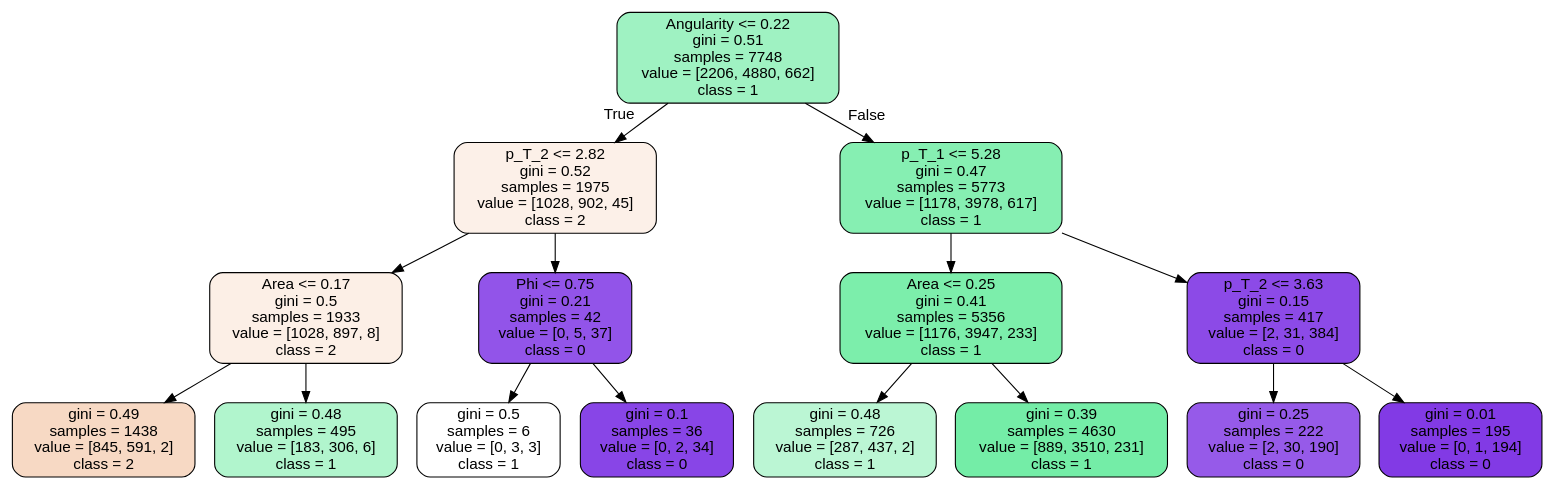
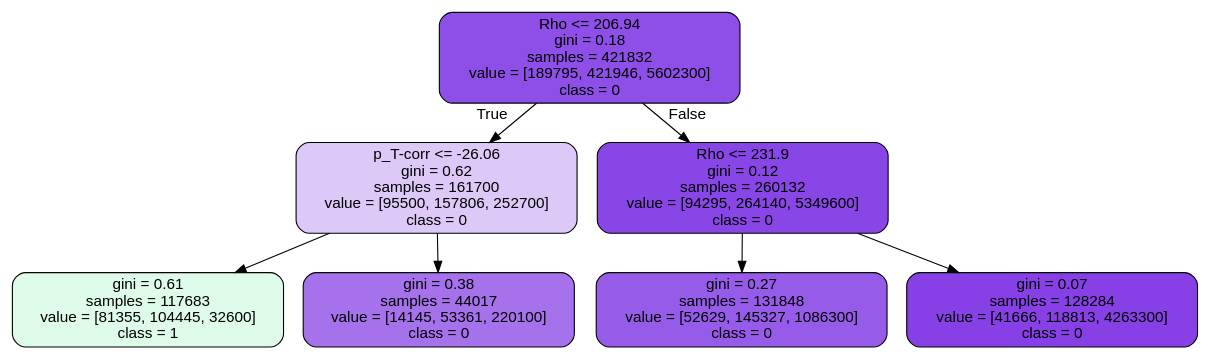
One commit to Steffanic/ML-Jet-BG-Subtraction changed the diagram in Analysis_Code/ML/tree.dot. Above: the diagram before and after it, drawn with Graphviz. The commit also changed 3 other files, not shown here.

```diff
--- a/Analysis_Code/ML/tree.dot
+++ b/Analysis_Code/ML/tree.dot
@@ -1,33 +1,17 @@
 digraph Tree {
 node [shape=box, style="filled, rounded", color="black", fontname=helvetica] ;
 edge [fontname=helvetica] ;
-0 [label="Angularity <= 0.22\ngini = 0.51\nsamples = 7748\nvalue = [2206, 4880, 662]\nclass = 1", fillcolor="#9ff2c2"] ;
-1 [label="p_T_2 <= 2.82\ngini = 0.52\nsamples = 1975\nvalue = [1028, 902, 45]\nclass = 2", fillcolor="#fcf0e8"] ;
+0 [label="Rho <= 206.94\ngini = 0.18\nsamples = 421832\nvalue = [189795, 421946, 5602300]\nclass = 0", fillcolor="#8e4ee8"] ;
+1 [label="p_T-corr <= -26.06\ngini = 0.62\nsamples = 161700\nvalue = [95500, 157806, 252700]\nclass = 0", fillcolor="#ddc9f8"] ;
 0 -> 1 [labeldistance=2.5, labelangle=45, headlabel="True"] ;
-2 [label="Area <= 0.17\ngini = 0.5\nsamples = 1933\nvalue = [1028, 897, 8]\nclass = 2", fillcolor="#fcefe6"] ;
-1 -> 2 ;
-3 [label="gini = 0.49\nsamples = 1438\nvalue = [845, 591, 2]\nclass = 2", fillcolor="#f7d9c4"] ;
-2 -> 3 ;
-4 [label="gini = 0.48\nsamples = 495\nvalue = [183, 306, 6]\nclass = 1", fillcolor="#b1f5cd"] ;
-2 -> 4 ;
-5 [label="Phi <= 0.75\ngini = 0.21\nsamples = 42\nvalue = [0, 5, 37]\nclass = 0", fillcolor="#9254e9"] ;
-1 -> 5 ;
-6 [label="gini = 0.5\nsamples = 6\nvalue = [0, 3, 3]\nclass = 1", fillcolor="#ffffff"] ;
-5 -> 6 ;
-7 [label="gini = 0.1\nsamples = 36\nvalue = [0, 2, 34]\nclass = 0", fillcolor="#8845e7"] ;
-5 -> 7 ;
-8 [label="p_T_1 <= 5.28\ngini = 0.47\nsamples = 5773\nvalue = [1178, 3978, 617]\nclass = 1", fillcolor="#86efb2"] ;
-0 -> 8 [labeldistance=2.5, labelangle=-45, headlabel="False"] ;
-9 [label="Area <= 0.25\ngini = 0.41\nsamples = 5356\nvalue = [1176, 3947, 233]\nclass = 1", fillcolor="#7ceeab"] ;
-8 -> 9 ;
-10 [label="gini = 0.48\nsamples = 726\nvalue = [287, 437, 2]\nclass = 1", fillcolor="#bbf6d4"] ;
-9 -> 10 ;
-11 [label="gini = 0.39\nsamples = 4630\nvalue = [889, 3510, 231]\nclass = 1", fillcolor="#74eda7"] ;
-9 -> 11 ;
-12 [label="p_T_2 <= 3.63\ngini = 0.15\nsamples = 417\nvalue = [2, 31, 384]\nclass = 0", fillcolor="#8c4ae7"] ;
-8 -> 12 ;
-13 [label="gini = 0.25\nsamples = 222\nvalue = [2, 30, 190]\nclass = 0", fillcolor="#965ae9"] ;
-12 -> 13 ;
-14 [label="gini = 0.01\nsamples = 195\nvalue = [0, 1, 194]\nclass = 0", fillcolor="#823ae5"] ;
-12 -> 14 ;
+3 [label="gini = 0.61\nsamples = 117683\nvalue = [81355, 104445, 32600]\nclass = 1", fillcolor="#defbea"] ;
+1 -> 3 ;
+4 [label="gini = 0.38\nsamples = 44017\nvalue = [14145, 53361, 220100]\nclass = 0", fillcolor="#a572ec"] ;
+1 -> 4 ;
+2 [label="Rho <= 231.9\ngini = 0.12\nsamples = 260132\nvalue = [94295, 264140, 5349600]\nclass = 0", fillcolor="#8946e7"] ;
+0 -> 2 [labeldistance=2.5, labelangle=-45, headlabel="False"] ;
+5 [label="gini = 0.27\nsamples = 131848\nvalue = [52629, 145327, 1086300]\nclass = 0", fillcolor="#975bea"] ;
+2 -> 5 ;
+6 [label="gini = 0.07\nsamples = 128284\nvalue = [41666, 118813, 4263300]\nclass = 0", fillcolor="#8640e6"] ;
+2 -> 6 ;
 }
```
